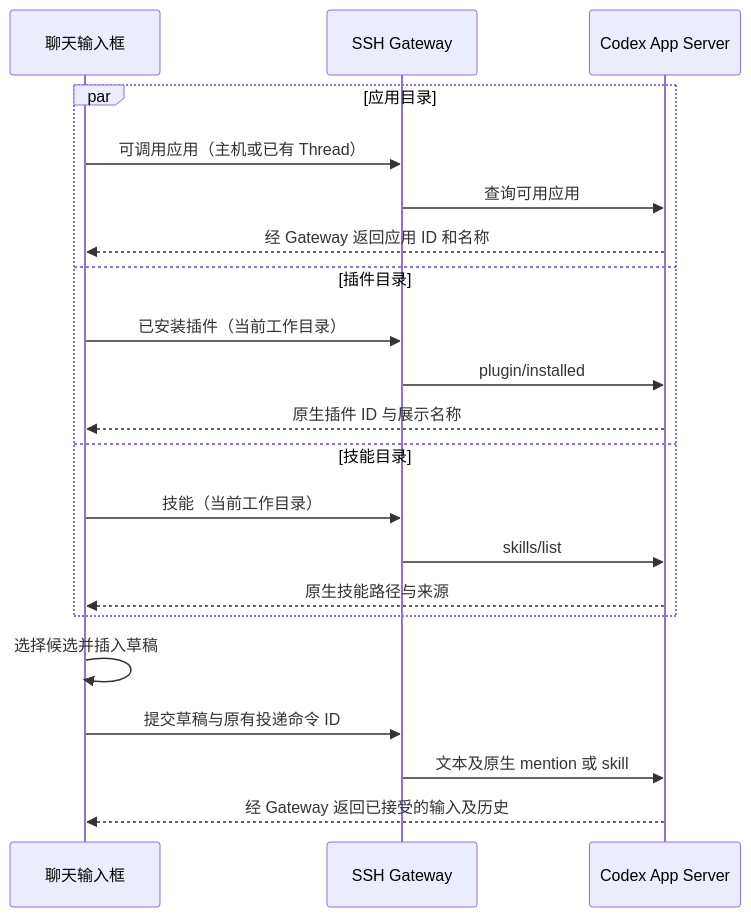
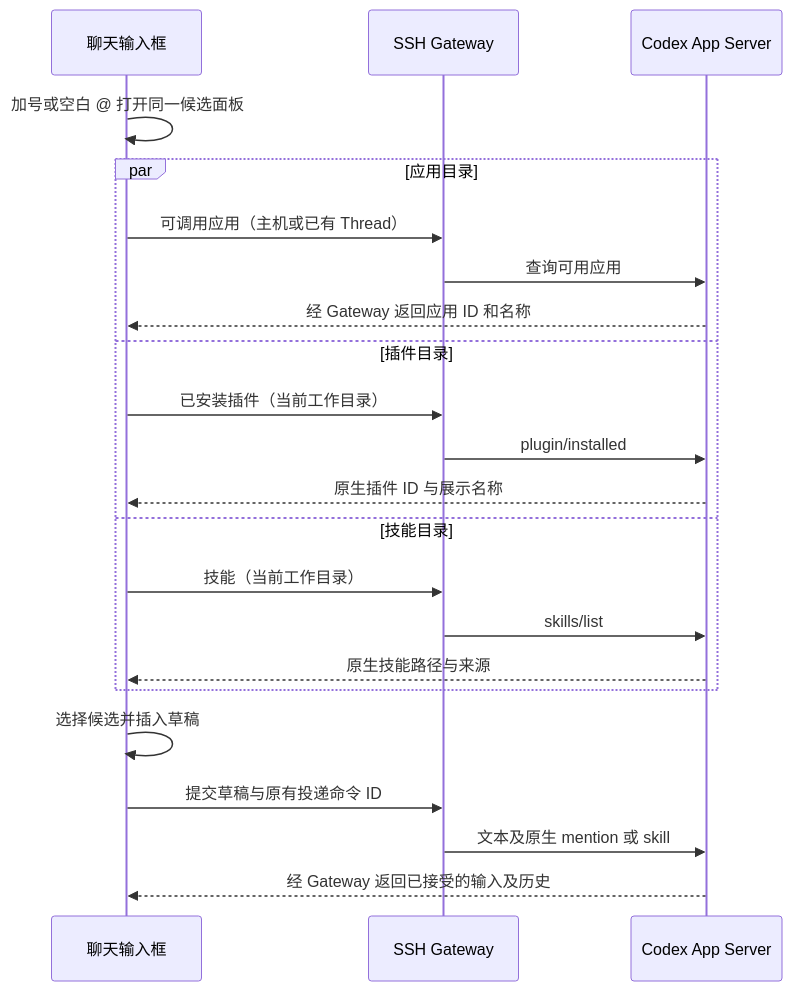
One commit to LiangLiang723/codex-web changed the fourth of 16 diagrams in specs/selfhost-codex/README.md. Above: the diagram before and after it, drawn with Mermaid. The commit also changed other lines of this file and 20 other files, not shown here.

````diff
--- a/specs/selfhost-codex/README.md
+++ b/specs/selfhost-codex/README.md
@@ -118,23 +118,24 @@
 ```mermaid
 sequenceDiagram
     participant W as 聊天输入框
     participant G as SSH Gateway
     participant C as Codex App Server
+    W->>W: 加号或空白 @ 打开同一候选面板
     par 应用目录
         W->>G: 可调用应用（主机或已有 Thread）
         G->>C: 查询可用应用
         C-->>W: 经 Gateway 返回应用 ID 和名称
     and 插件目录
         W->>G: 已安装插件（当前工作目录）
         G->>C: plugin/installed
         C-->>W: 原生插件 ID 与展示名称
     and 技能目录
         W->>G: 技能（当前工作目录）
         G->>C: skills/list
         C-->>W: 原生技能路径与来源
     end
     W->>W: 选择候选并插入草稿
     W->>G: 提交草稿与原有投递命令 ID
     G->>C: 文本及原生 mention 或 skill
     C-->>W: 经 Gateway 返回已接受的输入及历史
 ```
````
